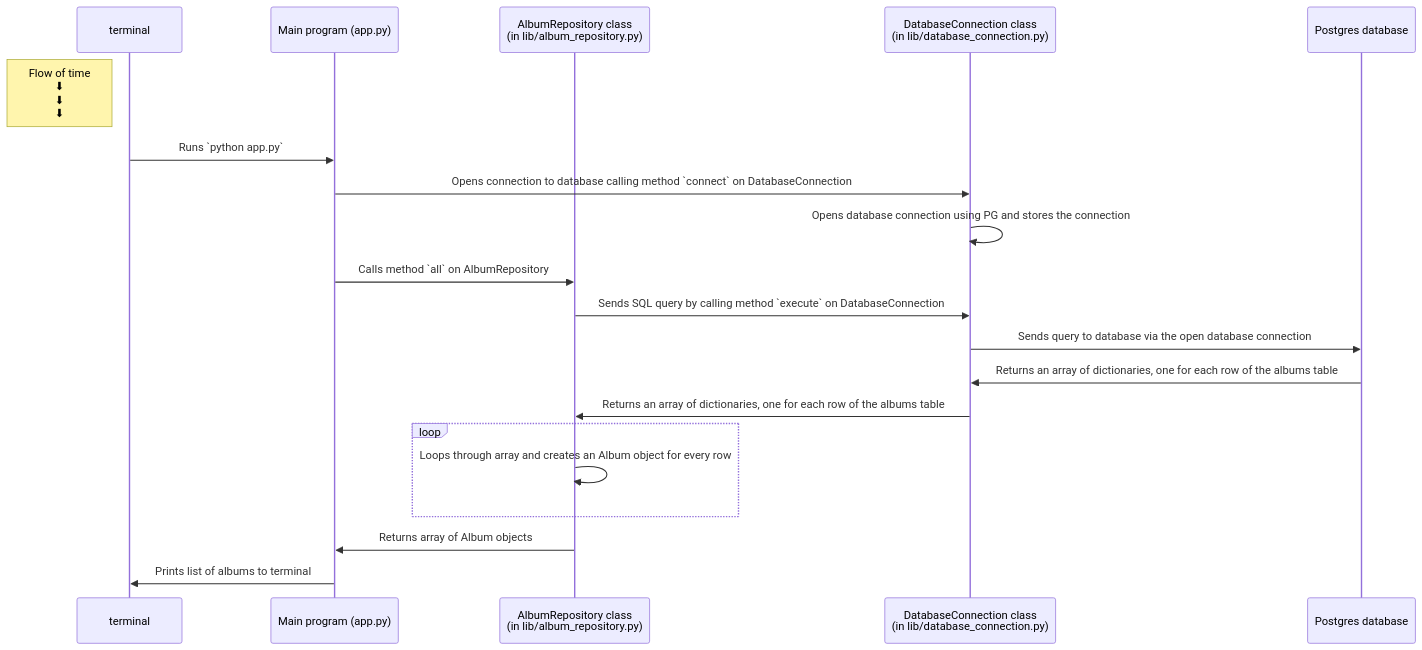
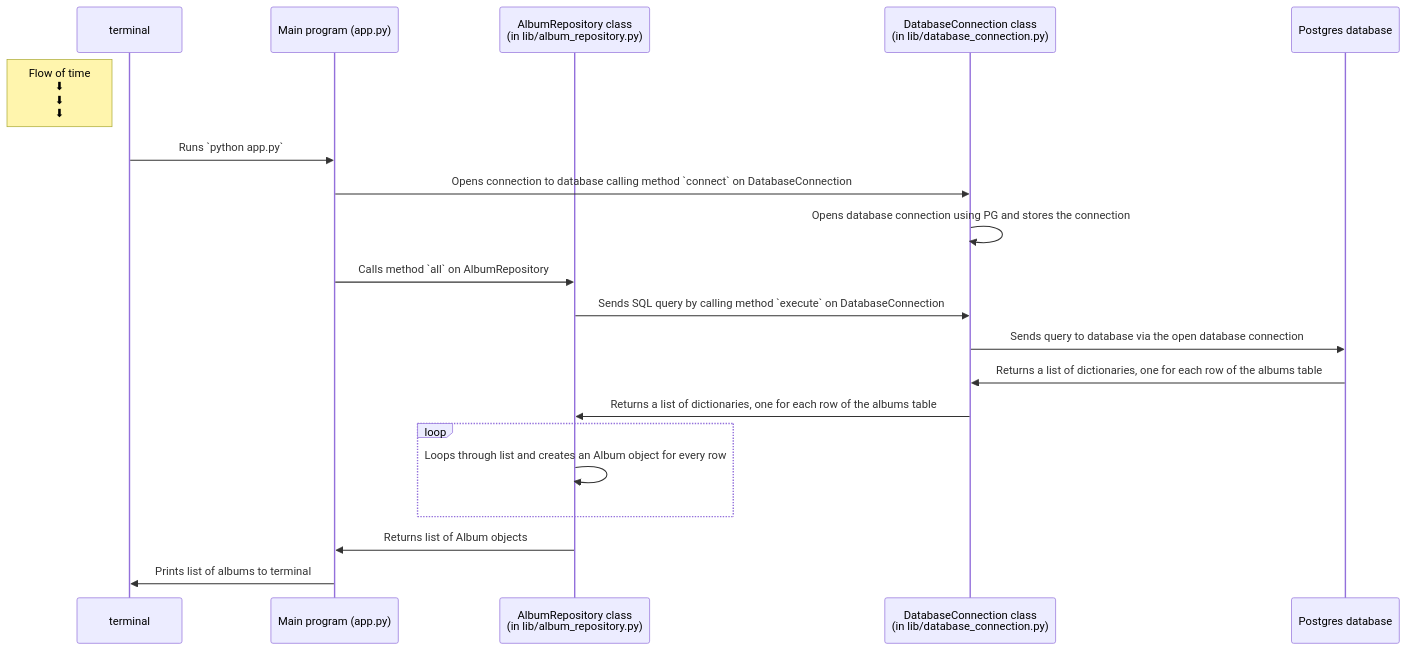
The third of 3 diagrams in challenges/03_creating_sequence_diagrams.md (raydipanwita/Database), drawn with Mermaid before and after one commit. The commit also changed other lines of this file and 5 other files, not shown here.

````diff
--- a/challenges/03_creating_sequence_diagrams.md
+++ b/challenges/03_creating_sequence_diagrams.md
@@ -78,25 +78,25 @@
 ```mermaid
 sequenceDiagram
     participant t as terminal
     participant app as Main program (app.py)
     participant ar as AlbumRepository class <br /> (in lib/album_repository.py)
     participant db_conn as DatabaseConnection class <br /> (in lib/database_connection.py)
     participant db as Postgres database
 
     Note left of t: Flow of time <br />⬇ <br /> ⬇ <br /> ⬇ 
 
     t->>app: Runs `python app.py`
     app->>db_conn: Opens connection to database calling method `connect` on DatabaseConnection
     db_conn->>db_conn: Opens database connection using PG and stores the connection
     app->>ar: Calls method `all` on AlbumRepository
     ar->>db_conn: Sends SQL query by calling method `execute` on DatabaseConnection
     db_conn->>db: Sends query to database via the open database connection
-    db->>db_conn: Returns an array of dictionaries, one for each row of the albums table
+    db->>db_conn: Returns a list of dictionaries, one for each row of the albums table
 
-    db_conn->>ar: Returns an array of dictionaries, one for each row of the albums table
+    db_conn->>ar: Returns a list of dictionaries, one for each row of the albums table
     loop 
-        ar->>ar: Loops through array and creates an Album object for every row
+        ar->>ar: Loops through list and creates an Album object for every row
     end
-    ar->>app: Returns array of Album objects
+    ar->>app: Returns list of Album objects
     app->>t: Prints list of albums to terminal
 ```
````
